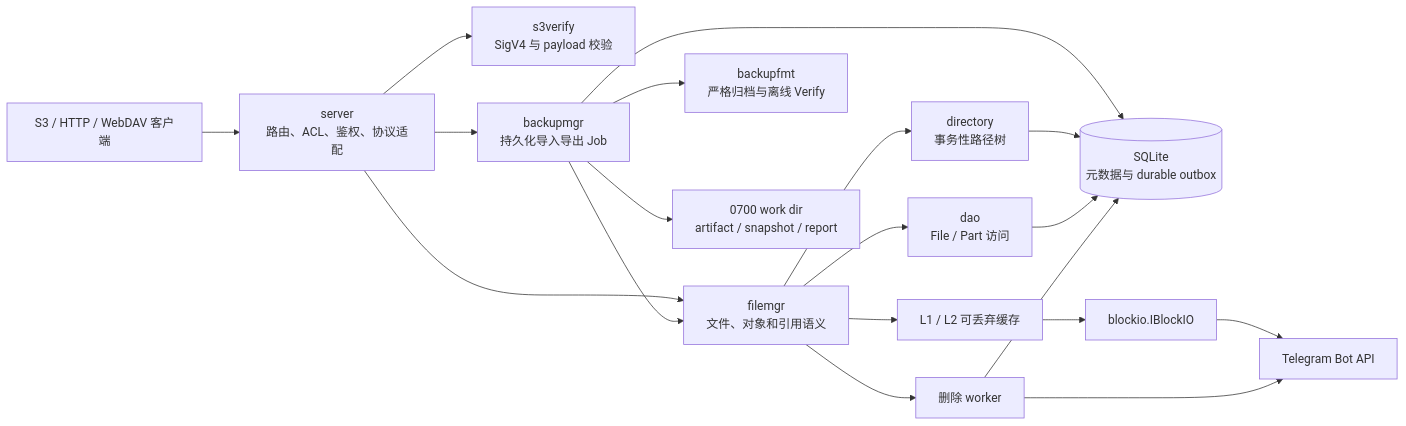
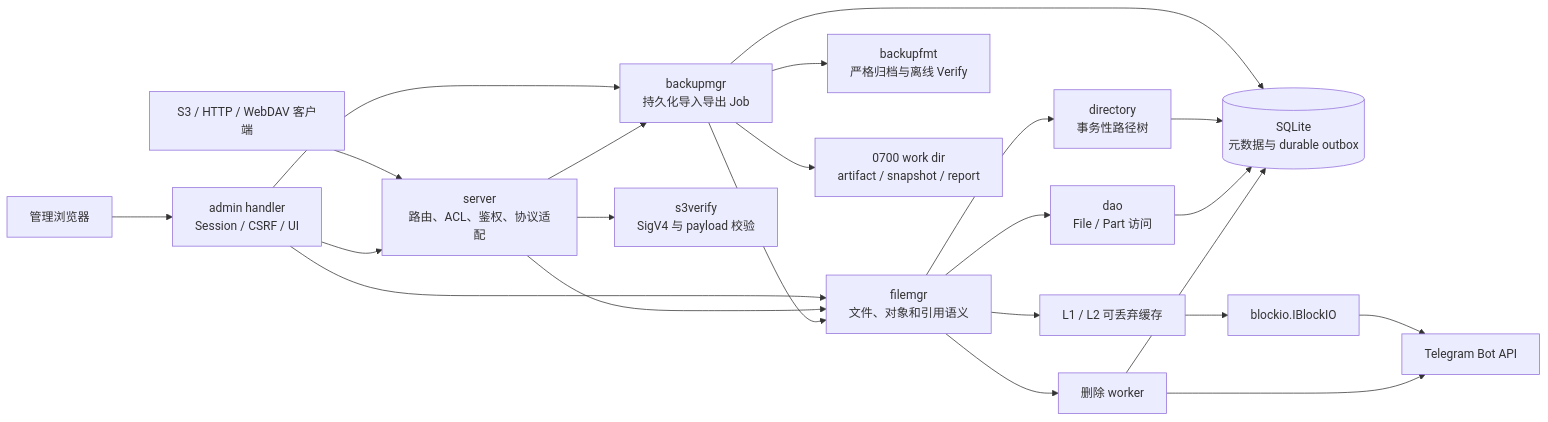
One commit to xxxsen/tgfile changed the diagram in docs/01-architecture.md. Above: the diagram before and after it, drawn with Mermaid. The commit also changed other lines of this file and 46 other files, not shown here.

````diff
--- a/docs/01-architecture.md
+++ b/docs/01-architecture.md
@@ -30,21 +32,25 @@
 ```mermaid
 flowchart LR
     Client["S3 / HTTP / WebDAV 客户端"] --> Server["server<br/>路由、ACL、鉴权、协议适配"]
+    Browser["管理浏览器"] --> Admin["admin handler<br/>Session / CSRF / UI"]
+    Admin --> Server
+    Admin --> FM
+    Admin --> Backup
     Server --> Verify["s3verify<br/>SigV4 与 payload 校验"]
     Server --> FM["filemgr<br/>文件、对象和引用语义"]
     Server --> Backup["backupmgr<br/>持久化导入导出 Job"]
     Backup --> Format["backupfmt<br/>严格归档与离线 Verify"]
     Backup --> FM
     Backup --> WorkDir["0700 work dir<br/>artifact / snapshot / report"]
     Backup --> SQLite
     FM --> Directory["directory<br/>事务性路径树"]
     FM --> DAO["dao<br/>File / Part 访问"]
     Directory --> SQLite[("SQLite<br/>元数据与 durable outbox")]
     DAO --> SQLite
     FM --> Cache["L1 / L2 可丢弃缓存"]
     Cache --> BlockIO["blockio.IBlockIO"]
     BlockIO --> Telegram["Telegram Bot API"]
     FM --> Worker["删除 worker"]
     Worker --> SQLite
     Worker --> Telegram
 ```
````
